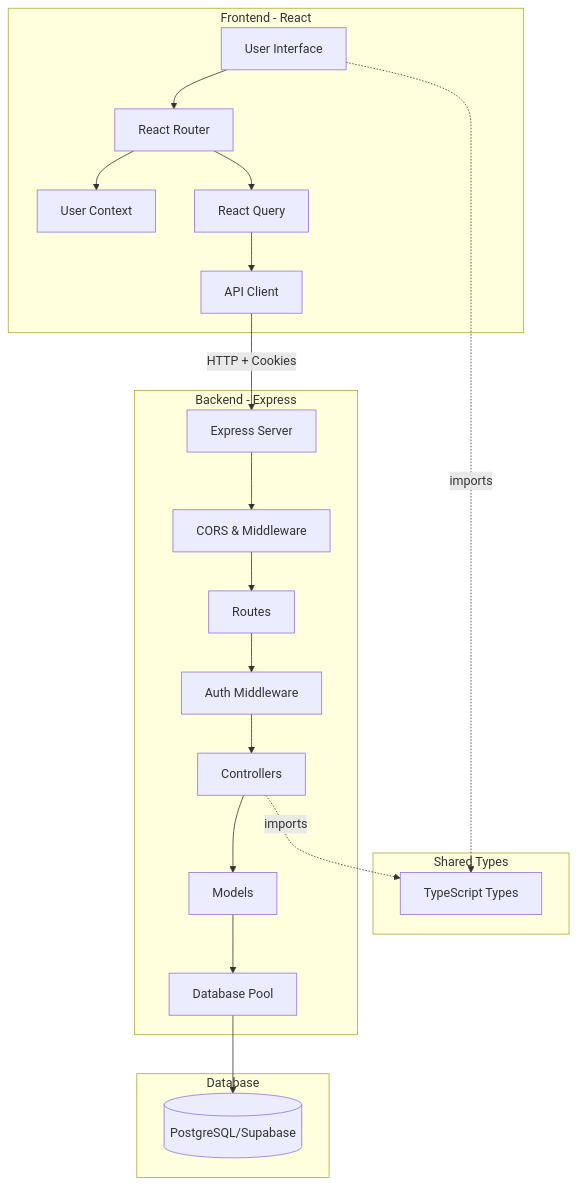
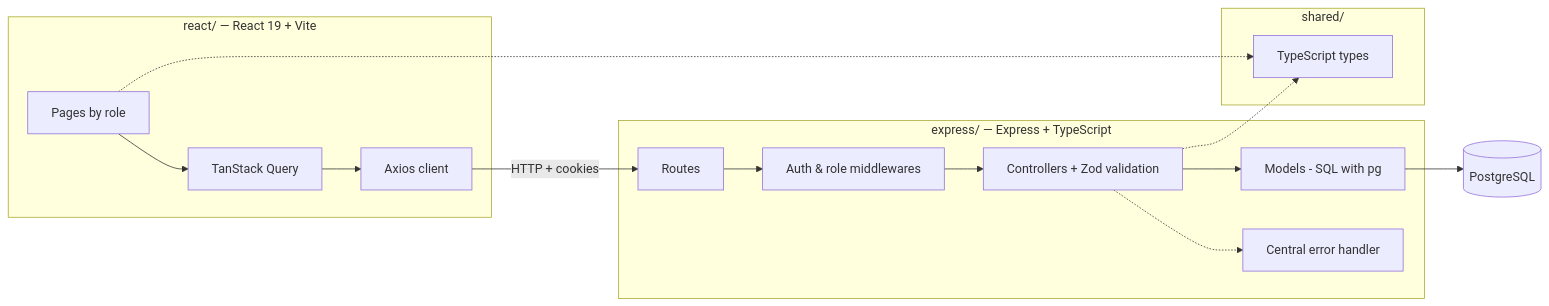
The first of 3 diagrams in README.md (JoseLoder/Pawn-to-Pawn), drawn with Mermaid before and after one commit. The commit also changed other lines of this file and 3 other files, not shown here.

First line of the commit message:
docs: rewrite README and fix local database schema

````diff
--- a/README.md
+++ b/README.md
@@ -41,31 +41,25 @@
 ```mermaid
-graph TB
-    subgraph "Frontend - React"
-        A[User Interface] --> B[React Router]
-        B --> C[User Context]
-        B --> D[React Query]
-        D --> E[API Client]
+graph LR
+    subgraph Frontend["react/ — React 19 + Vite"]
+        UI[Pages by role] --> RQ[TanStack Query]
+        RQ --> AX[Axios client]
     end
 
-    subgraph "Backend - Express"
-        F[Express Server] --> G[CORS & Middleware]
-        G --> H[Routes]
-        H --> I[Auth Middleware]
-        I --> J[Controllers]
-        J --> K[Models]
-        K --> L[Database Pool]
+    subgraph Backend["express/ — Express + TypeScript"]
+        R[Routes] --> MW[Auth & role middlewares]
+        MW --> C[Controllers + Zod validation]
+        C --> M[Models - SQL with pg]
+        C -.-> EH[Central error handler]
     end
 
-    subgraph "Database"
-        M[(PostgreSQL/Supabase)]
+    subgraph Shared["shared/"]
+        T[TypeScript types]
     end
 
-    subgraph "Shared Types"
-        N[TypeScript Types]
-    end
+    DB[(PostgreSQL)]
 
-    E -->|HTTP + Cookies| F
-    L --> M
-    A -.->|imports| N
-    J -.->|imports| N
+    AX -->|HTTP + cookies| R
+    M --> DB
+    UI -.-> T
+    C -.-> T
 ```
````
